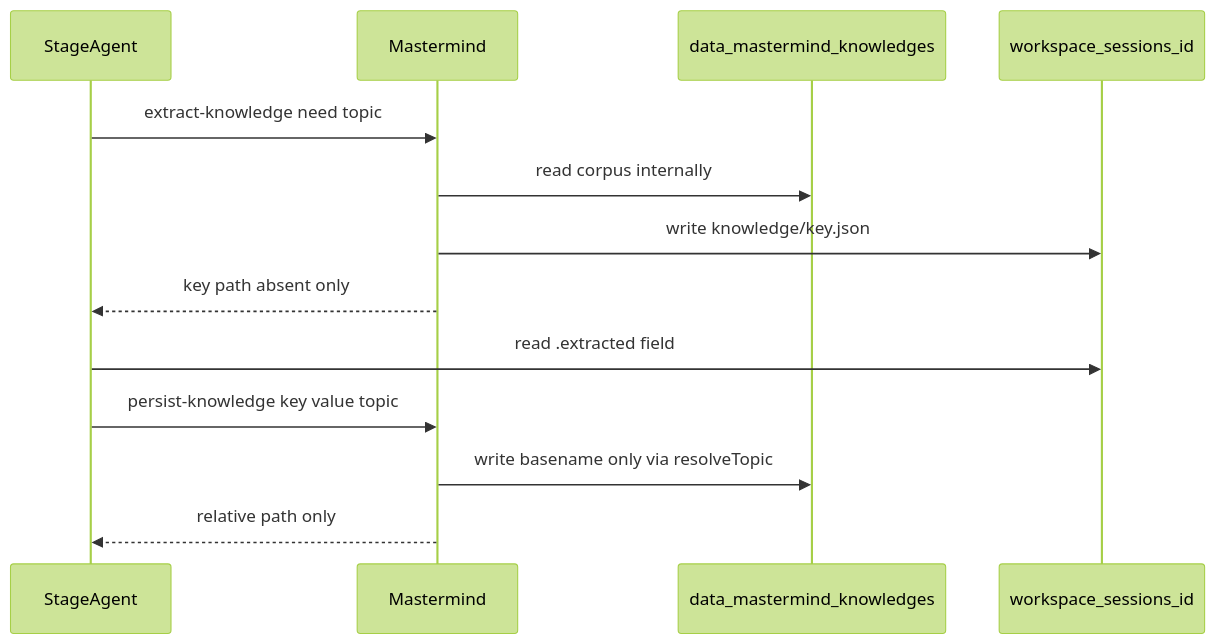
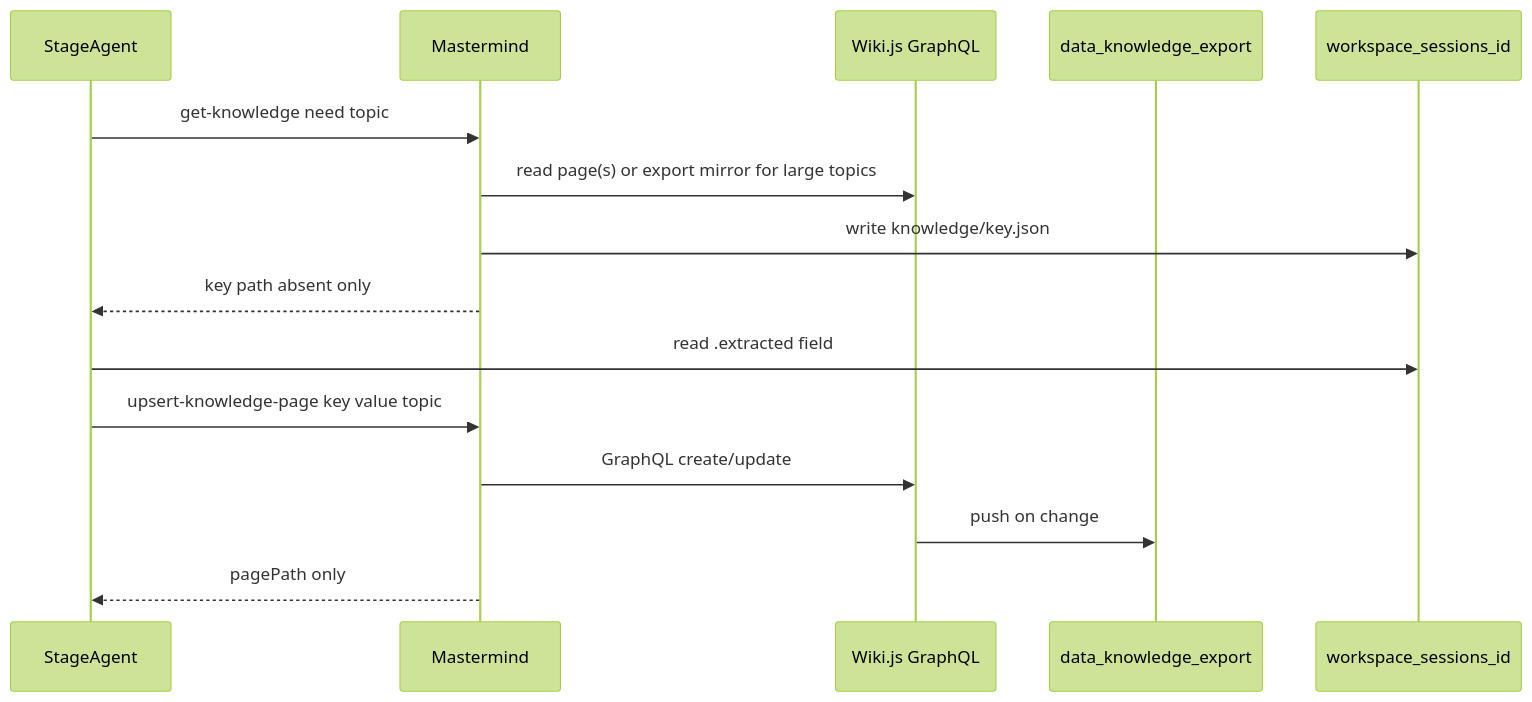
The first of 3 diagrams in README.md (Zay-Dev/project-yahl), drawn with Mermaid (forest theme) before and after one commit. The commit also changed other lines of this file and 125 other files, not shown here.

Commit message:
- replaced filesystem based knowledge by wiki.js - revised/improved the knowledge QA pipeline - ask-user now prefer default options

````diff
--- a/README.md
+++ b/README.md
@@ -122,17 +134,19 @@
 ```mermaid
 sequenceDiagram
   participant Agent as StageAgent
   participant MM as Mastermind
-  participant Store as data_mastermind_knowledges
+  participant Wiki as Wiki.js GraphQL
+  participant Export as data_knowledge_export
   participant Scratch as workspace_sessions_id
 
-  Agent->>MM: extract-knowledge need topic
-  MM->>Store: read corpus internally
+  Agent->>MM: get-knowledge need topic
+  MM->>Wiki: read page(s) or export mirror for large topics
   MM->>Scratch: write knowledge/key.json
   MM-->>Agent: key path absent only
   Agent->>Scratch: read .extracted field
 
-  Agent->>MM: persist-knowledge key value topic
-  MM->>Store: write basename only via resolveTopic
-  MM-->>Agent: relative path only
+  Agent->>MM: upsert-knowledge-page key value topic
+  MM->>Wiki: GraphQL create/update
+  Wiki->>Export: push on change
+  MM-->>Agent: pagePath only
 ```
````
